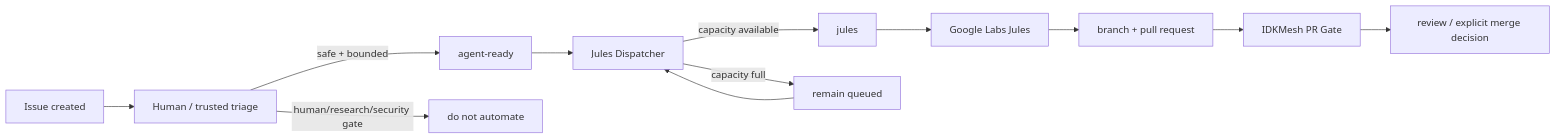
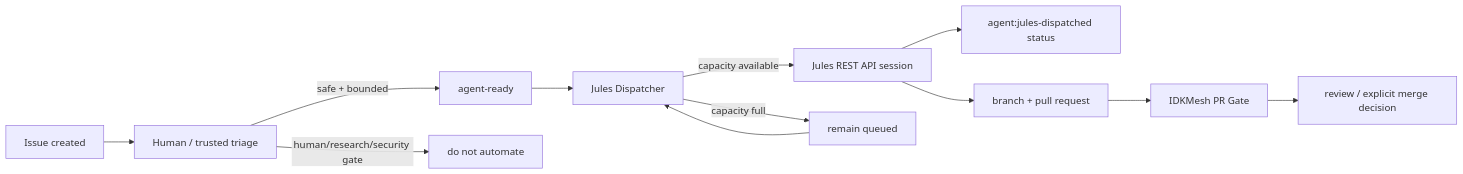
Before and after one commit to MSKazemi/idkmesh: the diagram in docs/operations/JULES_AUTOMATION.md, drawn with Mermaid. The commit also changed other lines of this file, not shown here.

Commit message:
docs: migrate Jules runbook to REST API dispatch

````diff
--- a/docs/operations/JULES_AUTOMATION.md
+++ b/docs/operations/JULES_AUTOMATION.md
@@ -17,14 +18,14 @@
 ```mermaid
 flowchart LR
     A[Issue created] --> B[Human / trusted triage]
     B -->|safe + bounded| C[agent-ready]
     B -->|human/research/security gate| X[do not automate]
     C --> D[Jules Dispatcher]
-    D -->|capacity available| E[jules]
+    D -->|capacity available| E[Jules REST API session]
     D -->|capacity full| Q[remain queued]
     Q --> D
-    E --> F[Google Labs Jules]
-    F --> G[branch + pull request]
+    E --> F[agent:jules-dispatched status]
+    E --> G[branch + pull request]
     G --> H[IDKMesh PR Gate]
     H --> I[review / explicit merge decision]
 ```
````
